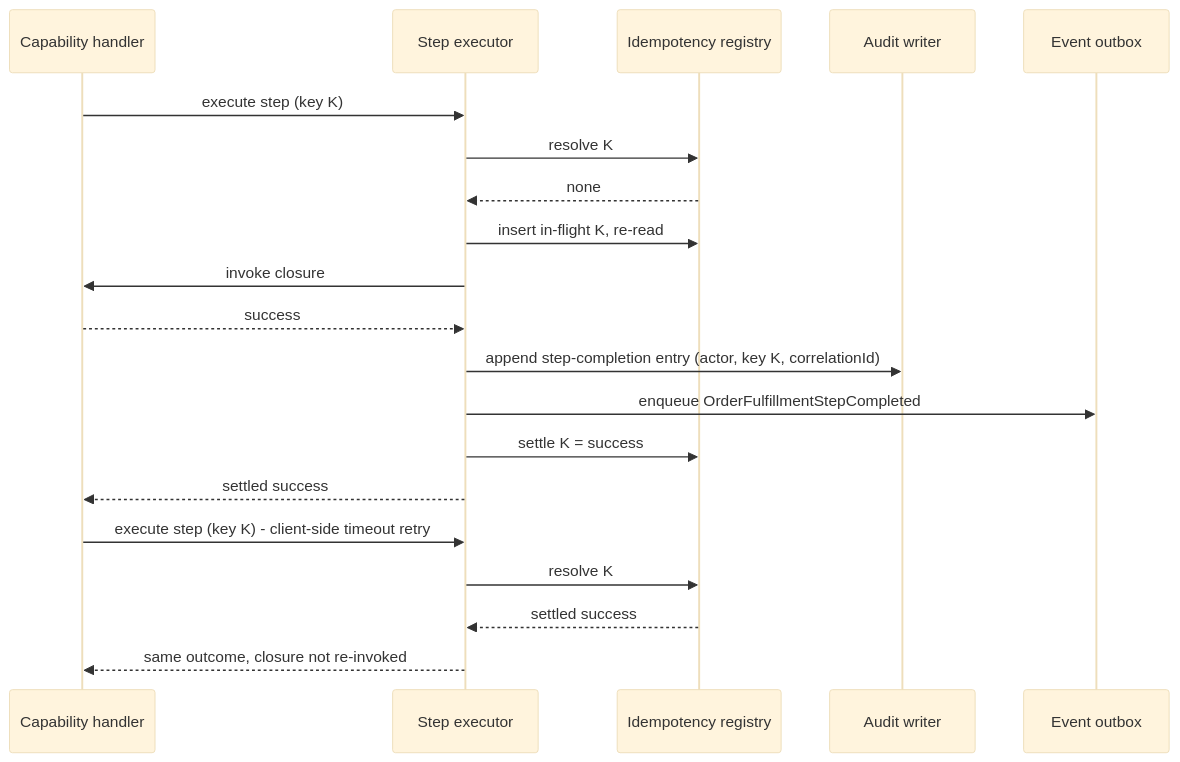
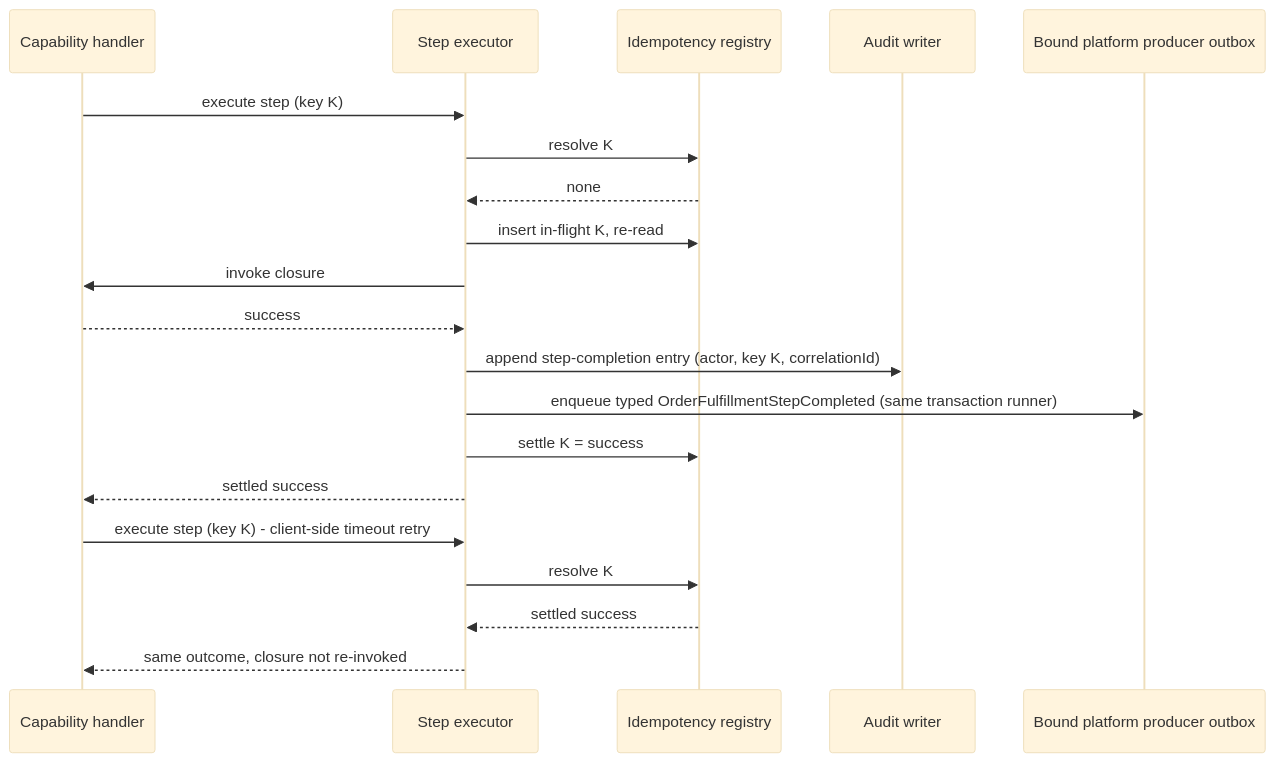
The second of 3 diagrams in gears/bss/orders-workflow/docs/design/01-foundation.md (constructorfabric/gears-rust), drawn with Mermaid (base theme) before and after one commit. The commit also changed other lines of this file and 10 other files, not shown here.

````diff
--- a/gears/bss/orders-workflow/docs/design/01-foundation.md
+++ b/gears/bss/orders-workflow/docs/design/01-foundation.md
@@ -823,22 +844,22 @@
 ```mermaid
 sequenceDiagram
     participant H as Capability handler
     participant SE as Step executor
     participant IR as Idempotency registry
     participant AW as Audit writer
-    participant OB as Event outbox
+    participant OB as Bound platform producer outbox
     H ->> SE: execute step (key K)
     SE ->> IR: resolve K
     IR -->> SE: none
     SE ->> IR: insert in-flight K, re-read
     SE ->> H: invoke closure
     H -->> SE: success
     SE ->> AW: append step-completion entry (actor, key K, correlationId)
-    SE ->> OB: enqueue OrderFulfillmentStepCompleted
+    SE ->> OB: enqueue typed OrderFulfillmentStepCompleted (same transaction runner)
     SE ->> IR: settle K = success
     SE -->> H: settled success
     H ->> SE: execute step (key K) - client-side timeout retry
     SE ->> IR: resolve K
     IR -->> SE: settled success
     SE -->> H: same outcome, closure not re-invoked
 ```
````
